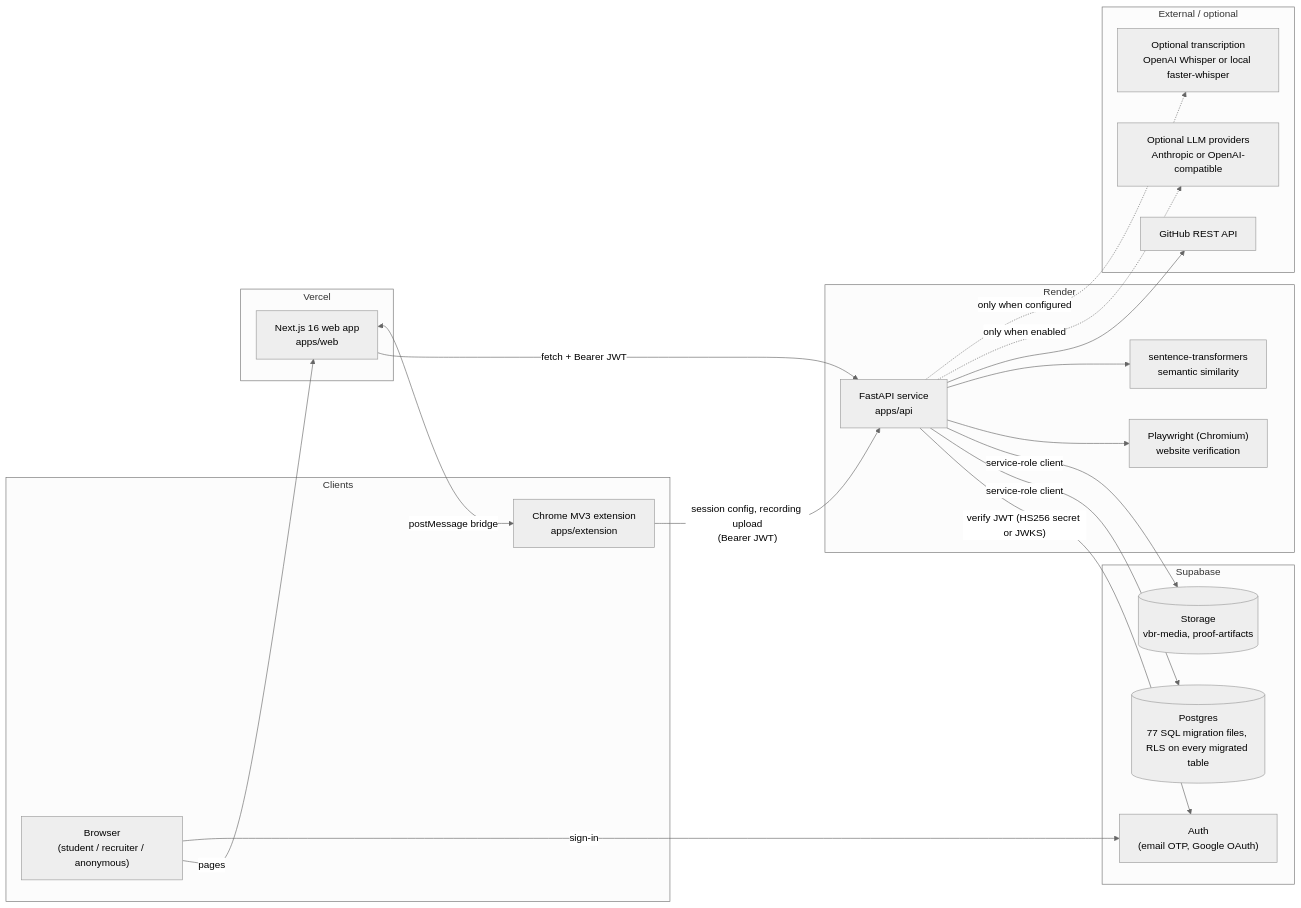
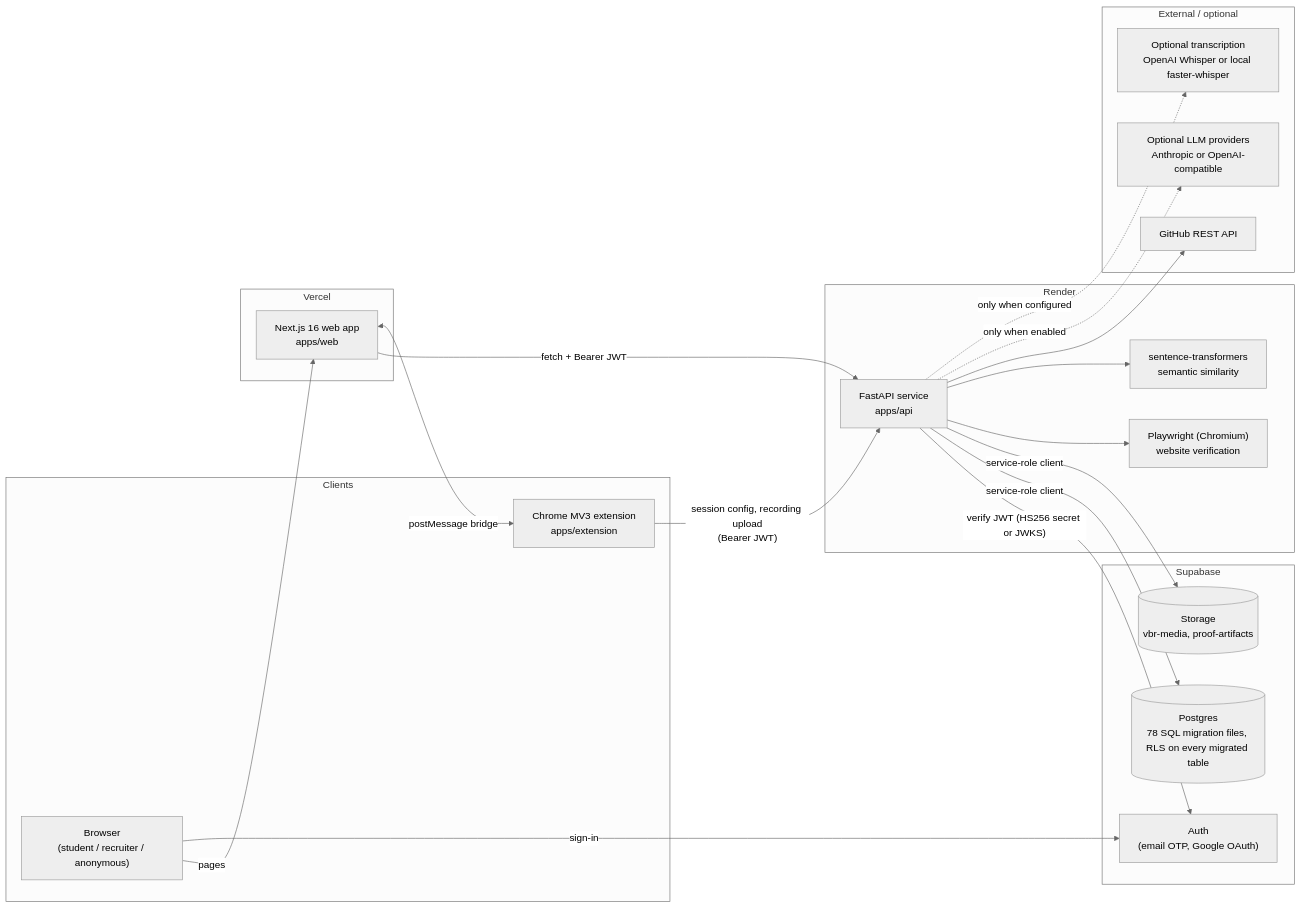
One commit to machackgo/veribridge-ai changed the first of 3 diagrams in docs/ARCHITECTURE.md. Above: the diagram before and after it, drawn with Mermaid (neutral theme). The commit also changed other lines of this file and 2 other files, not shown here.

Commit message:
fix(security): drop the users self-update policy (role self-escalation)
Migration 001's "users: update own non-privileged fields" only checked
auth.uid() = id, so a signed-in user could set their own users.role to
'admin' through PostgREST; the API's admin dependencies trust users.role.
No client writes public.users with a user JWT (the API uses the service
role), so 074e drops the policy. README/ARCHITECTURE: 78 migrations.

````diff
--- a/docs/ARCHITECTURE.md
+++ b/docs/ARCHITECTURE.md
@@ -8,43 +8,43 @@
 ```mermaid
 flowchart LR
   subgraph Clients
     B["Browser<br/>(student / recruiter / anonymous)"]
     X["Chrome MV3 extension<br/>apps/extension"]
   end
 
   subgraph Vercel
     W["Next.js 16 web app<br/>apps/web"]
   end
 
   subgraph Render
     A["FastAPI service<br/>apps/api"]
     PW["Playwright (Chromium)<br/>website verification"]
     ST["sentence-transformers<br/>semantic similarity"]
   end
 
   subgraph Supabase
     AUTH["Auth<br/>(email OTP, Google OAuth)"]
-    DB[("Postgres<br/>77 SQL migration files, RLS on every migrated table")]
+    DB[("Postgres<br/>78 SQL migration files, RLS on every migrated table")]
     S3[("Storage<br/>vbr-media, proof-artifacts")]
   end
 
   subgraph External["External / optional"]
     GH["GitHub REST API"]
     LLM["Optional LLM providers<br/>Anthropic or OpenAI-compatible"]
     TR["Optional transcription<br/>OpenAI Whisper or local faster-whisper"]
   end
 
   B -->|pages| W
   B -->|sign-in| AUTH
   W -->|"fetch + Bearer JWT"| A
   X -->|"session config, recording upload<br/>(Bearer JWT)"| A
   W <-->|"postMessage bridge"| X
   A -->|"verify JWT (HS256 secret or JWKS)"| AUTH
   A -->|"service-role client"| DB
   A -->|"service-role client"| S3
   A --> PW
   A --> ST
   A --> GH
   A -.->|"only when enabled"| LLM
   A -.->|"only when configured"| TR
 ```
````
